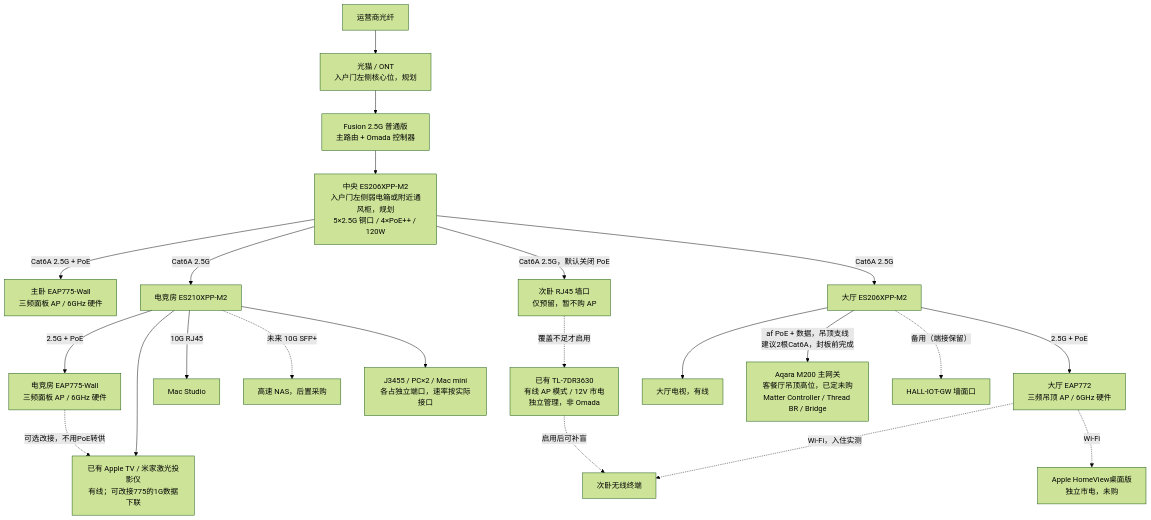
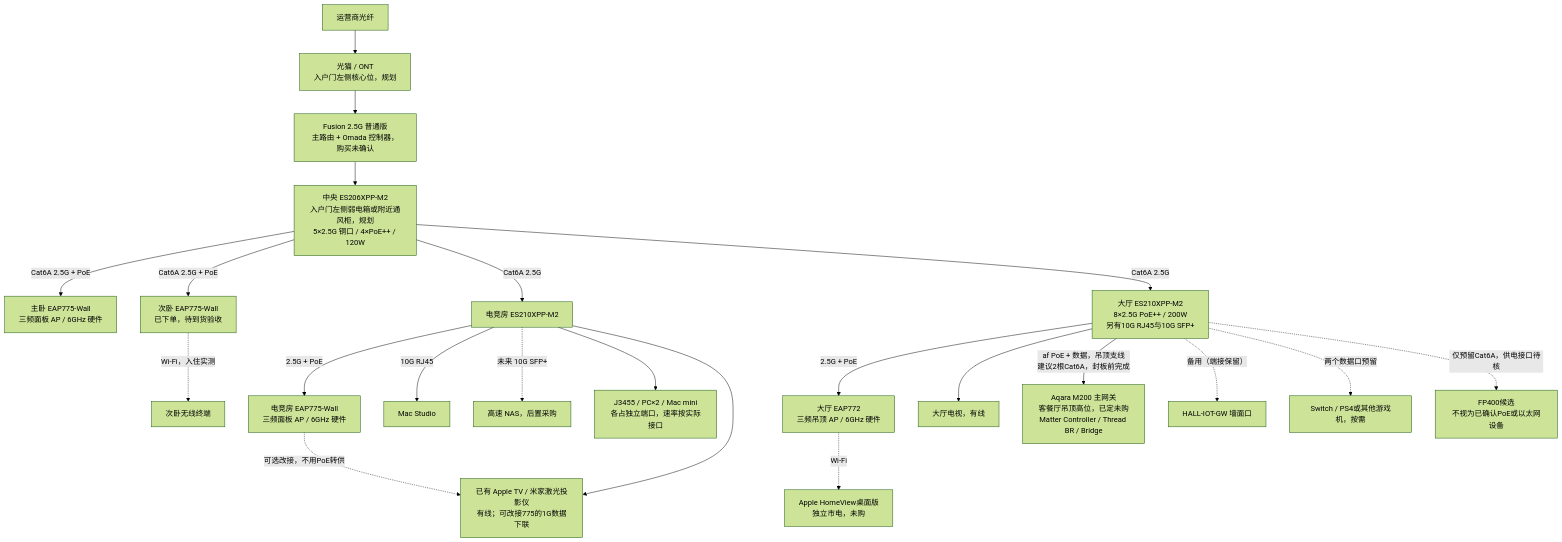
One commit to QZSAMA/AgentHomeAssistant changed the first of 3 diagrams in docs/network-topology.md. Above: the diagram before and after it, drawn with Mermaid (forest theme). The commit also changed other lines of this file and 16 other files, not shown here.

````diff
--- a/docs/network-topology.md
+++ b/docs/network-topology.md
@@ -9,24 +13,24 @@
 ```mermaid
 flowchart TD
   F[运营商光纤] --> ONT[光猫 / ONT<br/>入户门左侧核心位，规划]
-  ONT --> R[Fusion 2.5G 普通版<br/>主路由 + Omada 控制器]
+  ONT --> R[Fusion 2.5G 普通版<br/>主路由 + Omada 控制器，购买未确认]
   R --> C[中央 ES206XPP-M2<br/>入户门左侧弱电箱或附近通风柜，规划<br/>5×2.5G 铜口 / 4×PoE++ / 120W]
   C -->|Cat6A 2.5G + PoE| M[主卧 EAP775-Wall<br/>三频面板 AP / 6GHz 硬件]
-  C -->|Cat6A 2.5G，默认关闭 PoE| S[次卧 RJ45 墙口<br/>仅预留，暂不购 AP]
-  S -. 覆盖不足才启用 .-> OLD[已有 TL-7DR3630<br/>有线 AP 模式 / 12V 市电<br/>独立管理，非 Omada]
+  C -->|Cat6A 2.5G + PoE| S[次卧 EAP775-Wall<br/>已下单，待到货验收]
   C -->|Cat6A 2.5G| WS[电竞房 ES210XPP-M2]
-  C -->|Cat6A 2.5G| HS[大厅 ES206XPP-M2]
+  C -->|Cat6A 2.5G| HS[大厅 ES210XPP-M2<br/>8×2.5G PoE++ / 200W<br/>另有10G RJ45与10G SFP+]
   WS -->|2.5G + PoE| WA[电竞房 EAP775-Wall<br/>三频面板 AP / 6GHz 硬件]
   WS -->|10G RJ45| MAC[Mac Studio]
   WS -. 未来 10G SFP+ .-> NAS[高速 NAS，后置采购]
   WS --> J[J3455 / PC×2 / Mac mini<br/>各占独立端口，速率按实际接口]
   WS --> AV[已有 Apple TV / 米家激光投影仪<br/>有线；可改接775的1G数据下联]
   WA -. 可选改接，不用PoE转供 .-> AV
   HS -->|2.5G + PoE| HA[大厅 EAP772<br/>三频吊顶 AP / 6GHz 硬件]
   HS --> TV[大厅电视，有线]
   HS -->|af PoE + 数据，吊顶支线<br/>建议2根Cat6A，封板前完成| GW[Aqara M200 主网关<br/>客餐厅吊顶高位，已定未购<br/>Matter Controller / Thread BR / Bridge]
   HS -. 备用（端接保留） .-> WG[HALL-IOT-GW 墙面口]
   HA -. Wi-Fi .-> HUB[Apple HomeView桌面版<br/>独立市电，未购]
-  HA -. Wi-Fi，入住实测 .-> SC[次卧无线终端]
-  OLD -. 启用后可补盲 .-> SC
+  S -. Wi-Fi，入住实测 .-> SC[次卧无线终端]
+  HS -. 两个数据口预留 .-> GAME[Switch / PS4或其他游戏机，按需]
+  HS -. 仅预留Cat6A，供电接口待核 .-> FP[FP400候选<br/>不视为已确认PoE或以太网设备]
 ```
````
